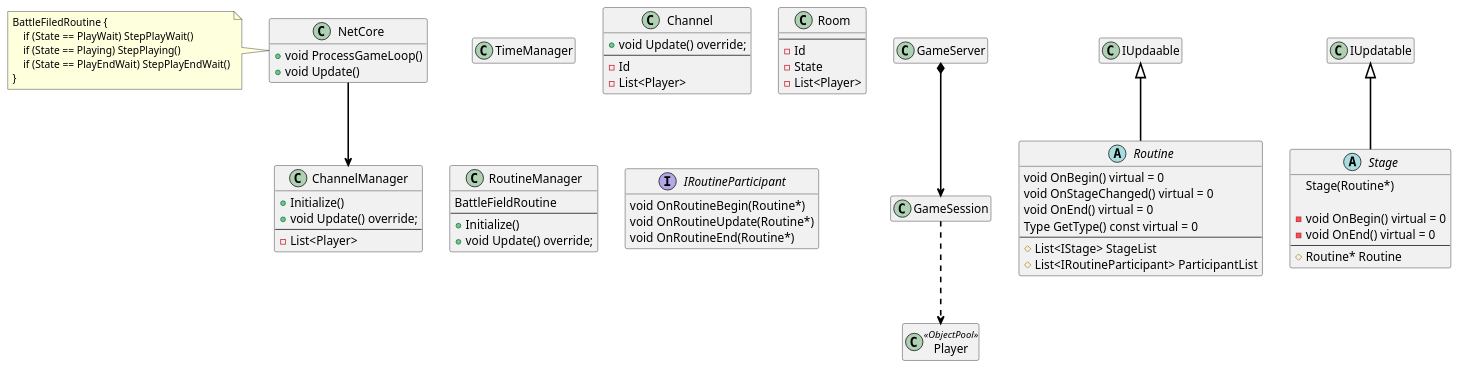
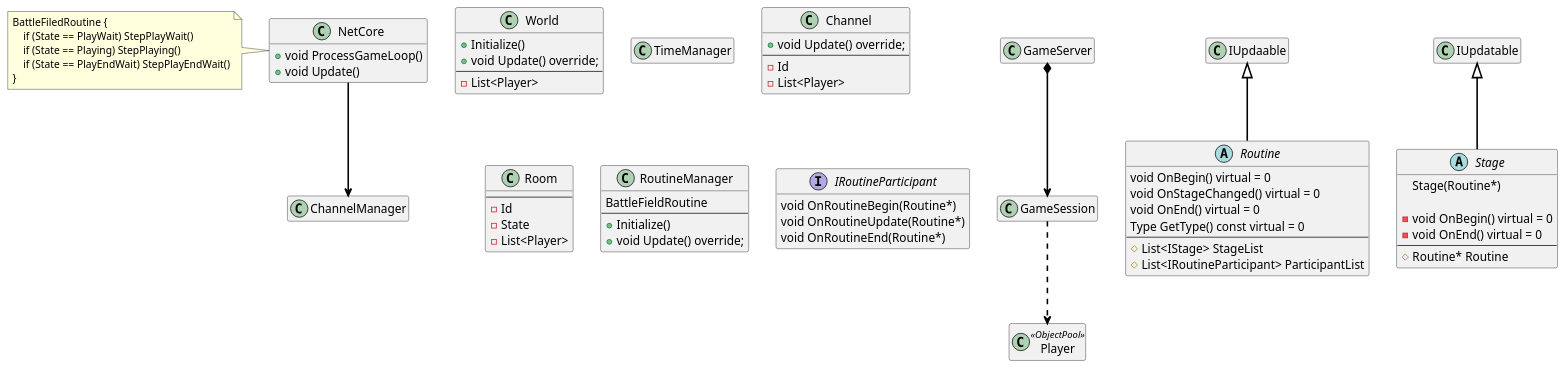
The diagram in Documents/Design/TankFighter/ServerStructure.puml (yjd6808/_YJD_Harmony), drawn with PlantUML before and after one commit. The commit also changed 64 other files, not shown here.

```diff
--- a/Documents/Design/TankFighter/ServerStructure.puml
+++ b/Documents/Design/TankFighter/ServerStructure.puml
@@ -1,111 +1,111 @@
 @startuml
 
 'theme 목록 : https://plantuml.com/ko/theme'
 'skinparam 목록 : https://plantuml.com/ko/skinparam'
 skinparam ClassFontSize 20
 skinparam ClassFontColor Black
 skinparam ClassAttributeFontSize 15
 skinparam ArrowColor Black
 skinparam ArrowThickness 2
 
 hide empty methods
 hide empty fields
 
 class NetCore {
     + void ProcessGameLoop()
     + void Update()
 }
 
 note left
 BattleFiledRoutine {
     if (State == PlayWait) StepPlayWait()
     if (State == Playing) StepPlaying()
     if (State == PlayEndWait) StepPlayEndWait()
 }
 end note
 
 class GameServer {
 
 }
 
 class GameSession {
 
 }
 
-class ChannelManager {
+class World {
     + Initialize()
     + void Update() override;
     --
     - List<Player>
 }
 
 class TimeManager {
 
 }
 
 class Channel {
     + void Update() override;
     --
     - Id
     - List<Player>
 }
 
 class Room {
     --
     - Id
     - State
     - List<Player>
 }
 
 class Player<<ObjectPool>> {
 
 }
 
 class RoutineManager { 
     BattleFieldRoutine
     --
     + Initialize()
     + void Update() override;
 }
 
 /' 
 배틀필드 루틴은 항상 백그라운드로 돌아가고 있어야함. -> 어디서 업데이트를 돌릴 것인가? (메인쓰레드)
 배틀필드 루틴에는 참가자가 존재함. 이 참가자들을 대상으로 업데이트를 진행한다.
 이 참가자는 Room이 될 수 있겠다. 배틀필드를 진행중인 방들!
 즉 Room은 IRoutineParticipant를 상속받는다.
 기본적으로 방, 플레이어, 채널등의 게임
 '/
 
 interface IRoutineParticipant {
     void OnRoutineBegin(Routine*)
     void OnRoutineUpdate(Routine*)
     void OnRoutineEnd(Routine*)
 }
 
 abstract Routine extends IUpdaable {
     void OnBegin() virtual = 0
     void OnStageChanged() virtual = 0
     void OnEnd() virtual = 0
     Type GetType() const virtual = 0
     --
     # List<IStage> StageList
     # List<IRoutineParticipant> ParticipantList
 }
 
 abstract Stage extends IUpdatable {
     Stage(Routine*)
 
     - void OnBegin() virtual = 0
     - void OnEnd() virtual = 0
     --
     # Routine* Routine
 }
 
 NetCore --> ChannelManager
 
 GameServer *-d-> GameSession
 GameSession .d.> Player
 
 
 
 @enduml
```
